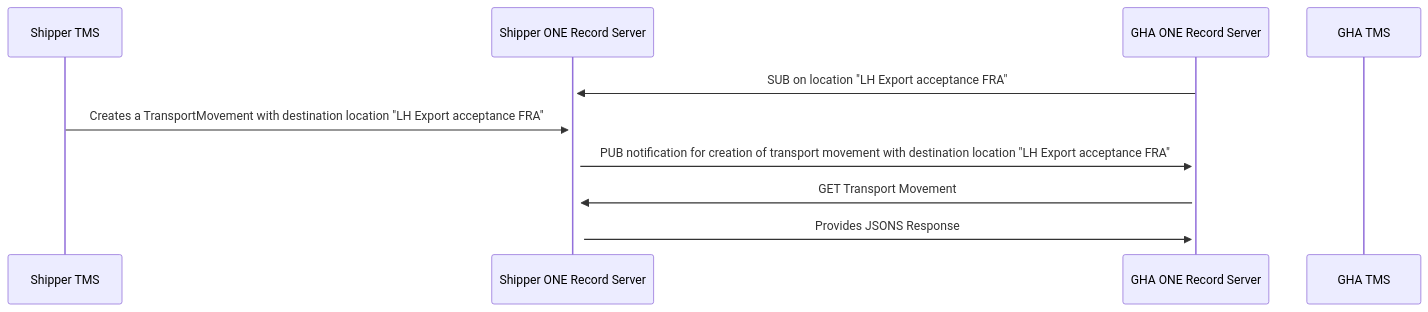
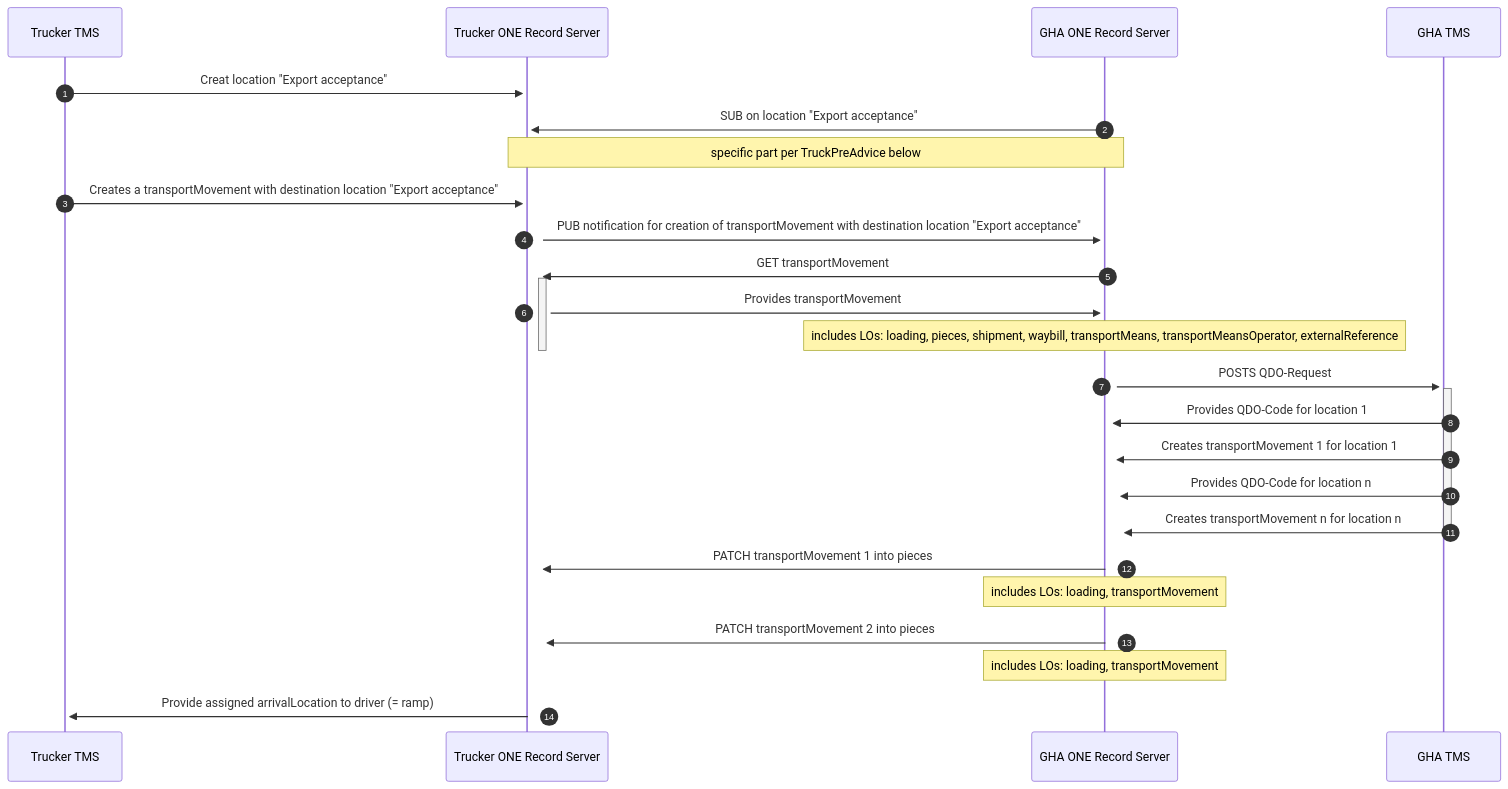
One commit to digital-cargo/good-practice-truck-preadvice changed the diagram in README.md. Above: the diagram before and after it, drawn with Mermaid.

````diff
--- a/README.md
+++ b/README.md
@@ -95,12 +95,31 @@
 ```mermaid
 sequenceDiagram
-    participant Shipper TMS
-    participant Shipper ONE Record Server
+    participant Trucker TMS
+    participant Trucker ONE Record Server
     participant GHA ONE Record Server
     participant GHA TMS
-    GHA ONE Record Server->>+Shipper ONE Record Server: SUB on location "LH Export acceptance FRA"
-    Shipper TMS->>+Shipper ONE Record Server: Creates a TransportMovement with destination location "LH Export acceptance FRA"
-    Shipper ONE Record Server->>+GHA ONE Record Server: PUB notification for creation of transport movement with destination location "LH Export acceptance FRA"
-    GHA ONE Record Server->>+ Shipper ONE Record Server: GET Transport Movement
-    Shipper ONE Record Server->>+ GHA ONE Record Server: Provides JSONS Response    
+    autonumber
+    Trucker TMS->>+Trucker ONE Record Server: Creat location "Export acceptance"
+    GHA ONE Record Server->>+Trucker ONE Record Server: SUB on location "Export acceptance"
+    note over Trucker ONE Record Server, GHA ONE Record Server: specific part per TruckPreAdvice below
+    Trucker TMS->>+Trucker ONE Record Server: Creates a transportMovement with destination location "Export acceptance"
+    Trucker ONE Record Server->>+GHA ONE Record Server: PUB notification for creation of transportMovement with destination location "Export acceptance"
+    activate Trucker ONE Record Server
+        GHA ONE Record Server->>+ Trucker ONE Record Server: GET transportMovement
+        Trucker ONE Record Server->>+ GHA ONE Record Server: Provides transportMovement
+        note over GHA ONE Record Server: includes LOs: loading, pieces, shipment, waybill, transportMeans, transportMeansOperator, externalReference
+    deactivate Trucker ONE Record Server
+    activate GHA TMS
+        GHA ONE Record Server->>+GHA TMS: POSTS QDO-Request
+        GHA TMS->>+GHA ONE Record Server: Provides QDO-Code for location 1
+        GHA TMS->>+GHA ONE Record Server: Creates transportMovement 1 for location 1
+        GHA TMS->>+GHA ONE Record Server: Provides QDO-Code for location n
+        GHA TMS->>+GHA ONE Record Server: Creates transportMovement n for location n
+    deactivate GHA TMS
+    GHA ONE Record Server->>+ Trucker ONE Record Server: PATCH transportMovement 1 into pieces
+    note over GHA ONE Record Server: includes LOs: loading, transportMovement
+    GHA ONE Record Server->>+ Trucker ONE Record Server: PATCH transportMovement 2 into pieces
+    note over GHA ONE Record Server: includes LOs: loading, transportMovement
+    Trucker ONE Record Server ->>+Trucker TMS: Provide assigned arrivalLocation to driver (= ramp)
+
 ```
````
